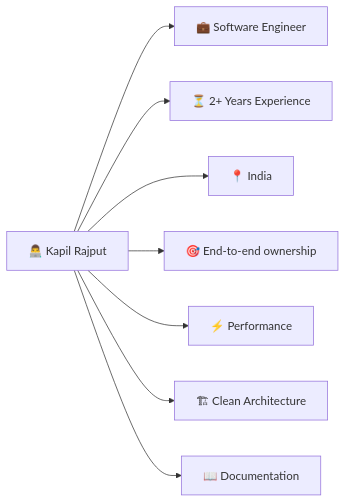
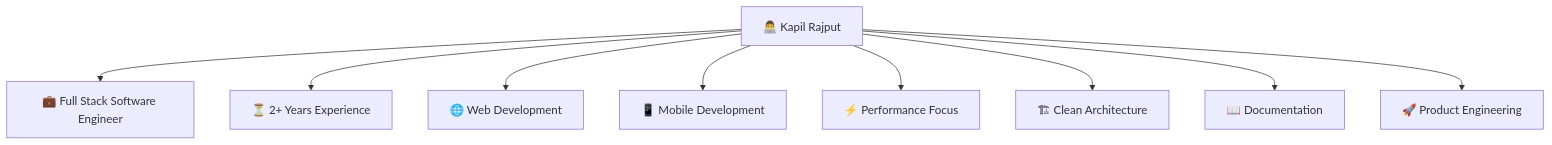
The first of 2 diagrams in public/docs/about.md (Kapil9711/dev-os), drawn with Mermaid before and after one commit. The commit also changed other lines of this file and 32 other files, not shown here.

````diff
--- a/public/docs/about.md
+++ b/public/docs/about.md
@@ -9,14 +33,14 @@
 ```mermaid
-flowchart LR
+flowchart TD
 
 A["👨‍💻 Kapil Rajput"]
 
-A --> B["💼 Software Engineer"]
+A --> B["💼 Full Stack Software Engineer"]
 A --> C["⏳ 2+ Years Experience"]
-A --> D["📍 India"]
-A --> E["🎯 End-to-end ownership"]
-A --> F["⚡ Performance"]
+A --> D["🌐 Web Development"]
+A --> E["📱 Mobile Development"]
+A --> F["⚡ Performance Focus"]
 A --> G["🏗 Clean Architecture"]
 A --> H["📖 Documentation"]
-
+A --> I["🚀 Product Engineering"]
 ```
````
